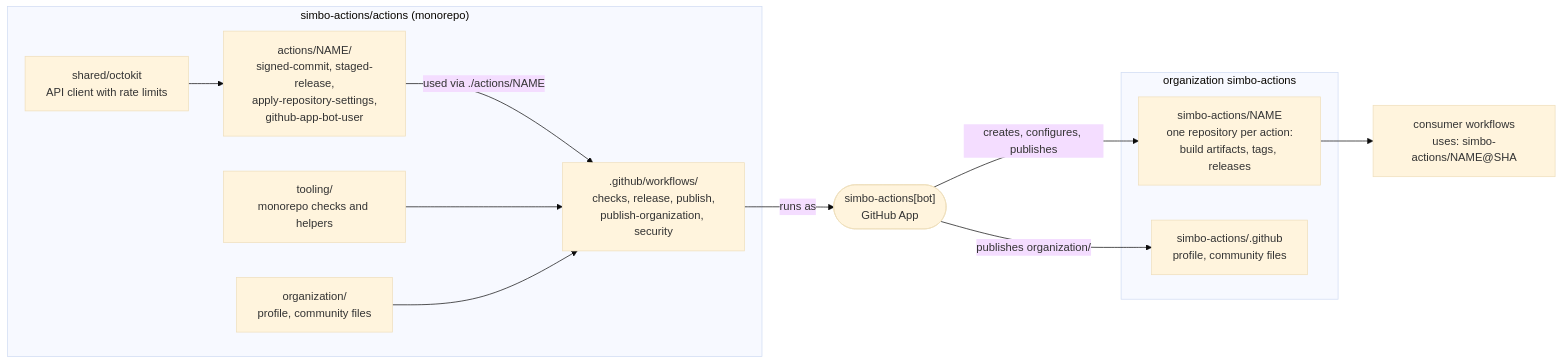
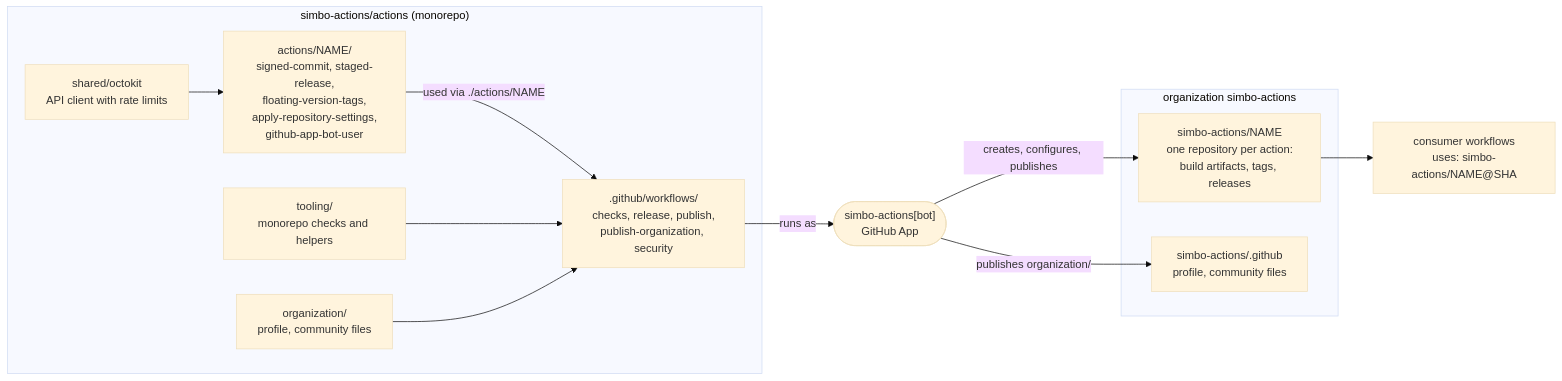
The first of 7 diagrams in ARCHITECTURE.md (simbo-actions/actions), drawn with Mermaid (base theme) before and after one commit. The commit also changed other lines of this file and 38 other files, not shown here.

First line of the commit message:
feat(floating-version-tags): add action and move vX in publish

````diff
--- a/ARCHITECTURE.md
+++ b/ARCHITECTURE.md
@@ -34,28 +50,28 @@
 ```mermaid
 flowchart LR
   subgraph monorepo["simbo-actions/actions (monorepo)"]
-    actions["actions/NAME/<br/>signed-commit, staged-release,<br/>apply-repository-settings,<br/>github-app-bot-user"]
+    actions["actions/NAME/<br/>signed-commit, staged-release,<br/>floating-version-tags,<br/>apply-repository-settings,<br/>github-app-bot-user"]
     shared["shared/octokit<br/>API client with rate limits"]
     tooling["tooling/<br/>monorepo checks and helpers"]
     workflows[".github/workflows/<br/>checks, release, publish,<br/>publish-organization, security"]
     organization["organization/<br/>profile, community files"]
   end
 
   bot(["simbo-actions[bot]<br/>GitHub App"])
 
   subgraph org["organization simbo-actions"]
     repos["simbo-actions/NAME<br/>one repository per action:<br/>build artifacts, tags, releases"]
     profile["simbo-actions/.github<br/>profile, community files"]
   end
 
   consumer["consumer workflows<br/>uses: simbo-actions/NAME@SHA"]
 
   shared --> actions
   actions -- "used via ./actions/NAME" --> workflows
   tooling --> workflows
   organization --> workflows
   workflows -- "runs as" --> bot
   bot -- "creates, configures, publishes" --> repos
   bot -- "publishes organization/" --> profile
   repos --> consumer
 ```
````
